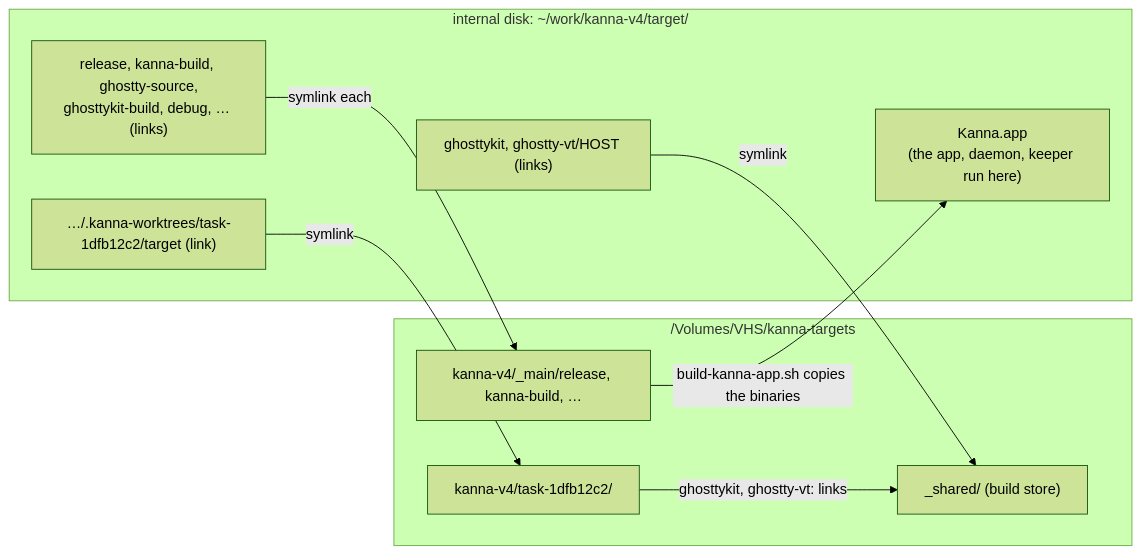
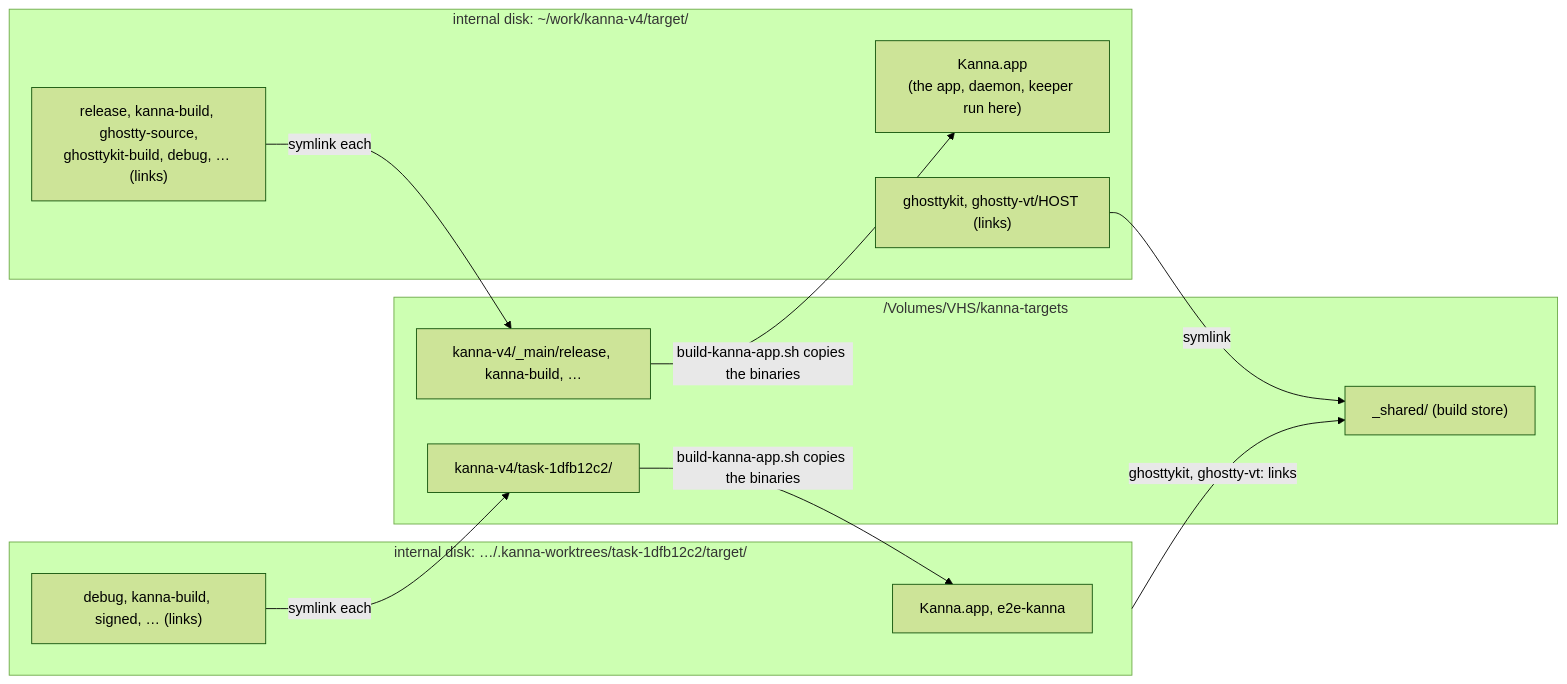
Before and after one commit to tampopogk/kanna: the first of 2 diagrams in docs/specs/build-targets.md, drawn with Mermaid (forest theme). The commit also changed other lines of this file and 7 other files, not shown here.

Commit message:
Task instances run off the internal disk: a worktree's target/ is a folder there, its build folders link to the volume, and Kanna.app and e2e-kanna stay local, so a drop of the volume doesn't take the instance; teardown removes the volume's folder and target/; scripts/test-volume-drop.sh

````diff
--- a/docs/specs/build-targets.md
+++ b/docs/specs/build-targets.md
@@ -26,19 +26,23 @@
 ```mermaid
 flowchart LR
     subgraph I["internal disk: ~/work/kanna-v4/target/"]
         A["Kanna.app<br/>(the app, daemon, keeper run here)"]
         G["ghosttykit, ghostty-vt/HOST (links)"]
         M["release, kanna-build, ghostty-source,<br/>ghosttykit-build, debug, … (links)"]
-        W1["…/.kanna-worktrees/task-1dfb12c2/target (link)"]
+    end
+    subgraph WI["internal disk: …/.kanna-worktrees/task-1dfb12c2/target/"]
+        WA["Kanna.app, e2e-kanna"]
+        WL["debug, kanna-build, signed, … (links)"]
     end
     subgraph V["/Volumes/VHS/kanna-targets"]
         MM["kanna-v4/_main/release, kanna-build, …"]
         T1["kanna-v4/task-1dfb12c2/"]
         S["_shared/ (build store)"]
     end
     M -->|symlink each| MM
-    W1 -->|symlink| T1
+    WL -->|symlink each| T1
+    T1 -->|"build-kanna-app.sh copies the binaries"| WA
     MM -->|"build-kanna-app.sh copies the binaries"| A
     G -->|symlink| S
-    T1 -->|"ghosttykit, ghostty-vt: links"| S
+    WI -->|"ghosttykit, ghostty-vt: links"| S
 ```
````
